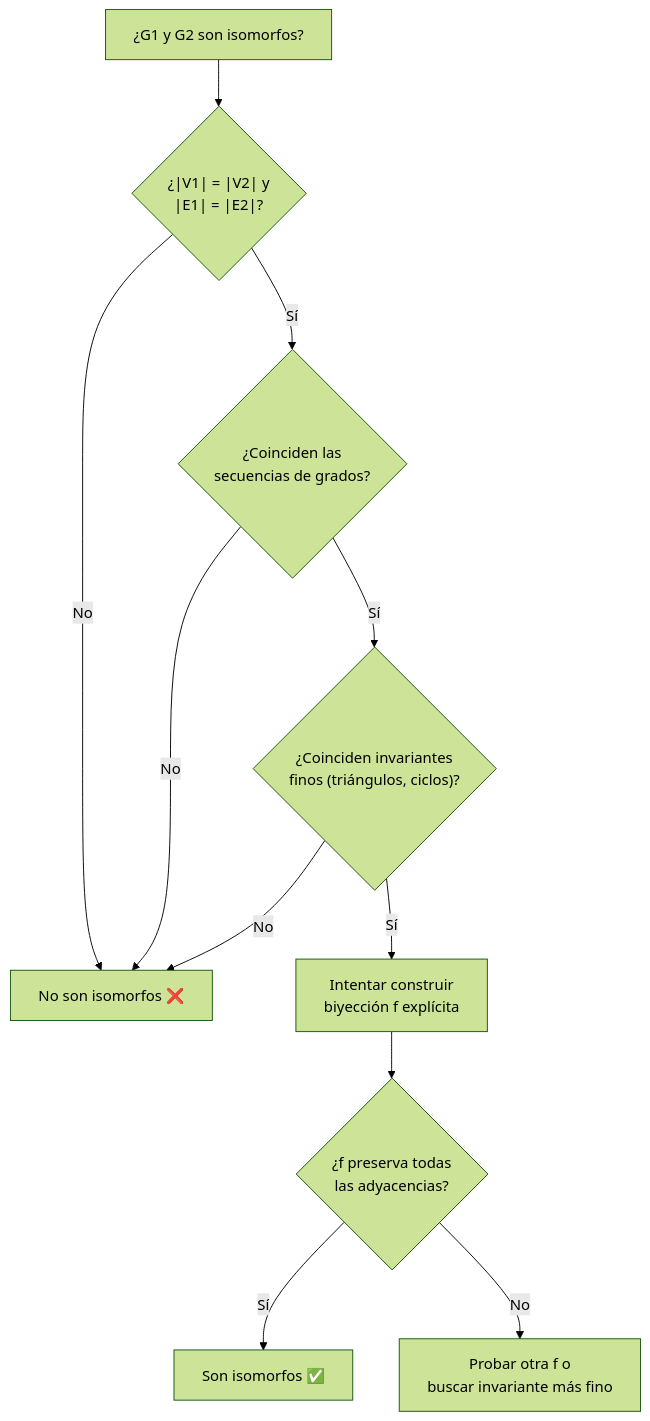
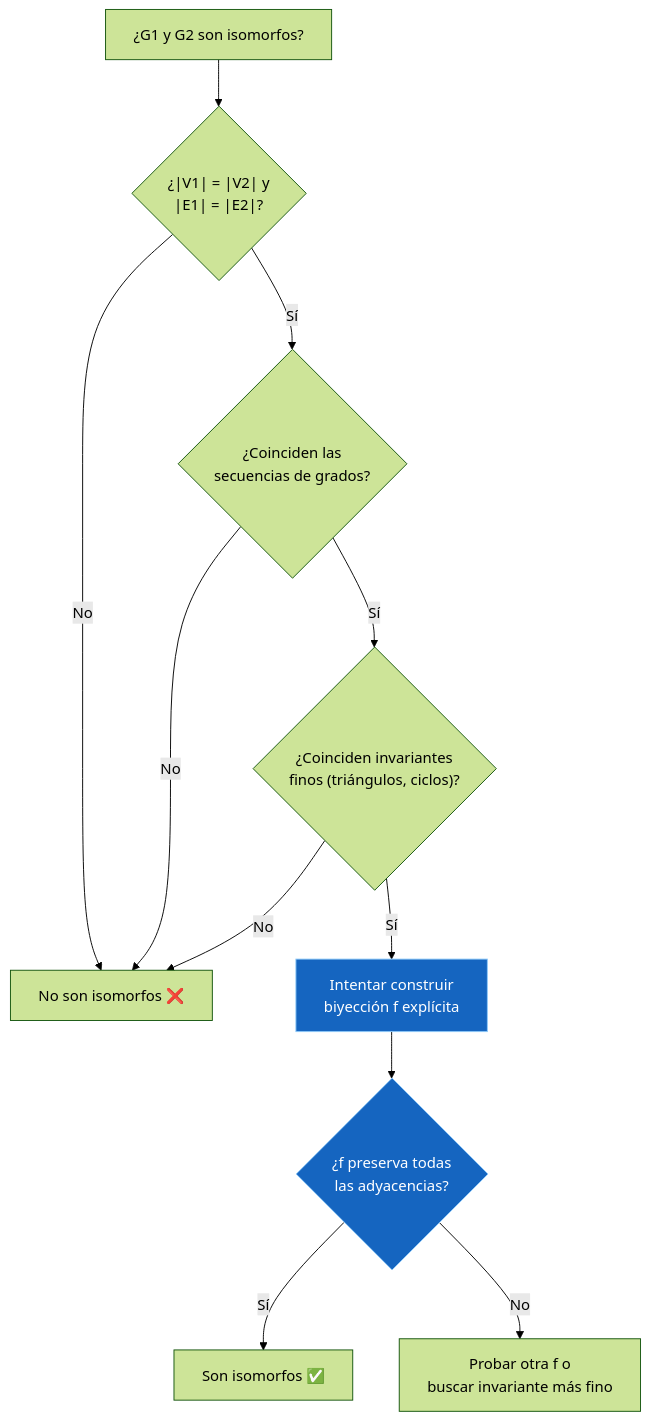
One commit to Fsteven22/Notas-ESPOL changed the first of 2 diagrams in src/site/notes/Universidad/3er Semestre/Matemáticas Discretas/Unidad 5 - Grafos y Árboles/03 - Grafos III - Isomorfismo.md. Above: the diagram before and after it, drawn with Mermaid (forest theme). The commit also changed other lines of this file and 79 other files, not shown here.

````diff
--- a/src/site/notes/Universidad/3er Semestre/Matemáticas Discretas/Unidad 5 - Grafos y Árboles/03 - Grafos III - Isomorfismo.md
+++ b/src/site/notes/Universidad/3er Semestre/Matemáticas Discretas/Unidad 5 - Grafos y Árboles/03 - Grafos III - Isomorfismo.md
@@ -179,13 +184,15 @@
 ```mermaid
 graph TD
     A["¿G1 y G2 son isomorfos?"] --> B{"¿|V1| = |V2| y<br/>|E1| = |E2|?"}
     B -->|No| C["No son isomorfos ❌"]
     B -->|Sí| D{"¿Coinciden las<br/>secuencias de grados?"}
     D -->|No| C
     D -->|Sí| E{"¿Coinciden invariantes<br/>finos (triángulos, ciclos)?"}
     E -->|No| C
     E -->|Sí| F["Intentar construir<br/>biyección f explícita"]
     F --> G{"¿f preserva todas<br/>las adyacencias?"}
     G -->|Sí| H["Son isomorfos ✅"]
     G -->|No| I["Probar otra f o<br/>buscar invariante más fino"]
+    style F fill:#1565C0,color:#FFFFFF,stroke:#90CAF9,stroke-width:1px
+    style G fill:#1565C0,color:#FFFFFF,stroke:#90CAF9,stroke-width:1px
 ```
````
